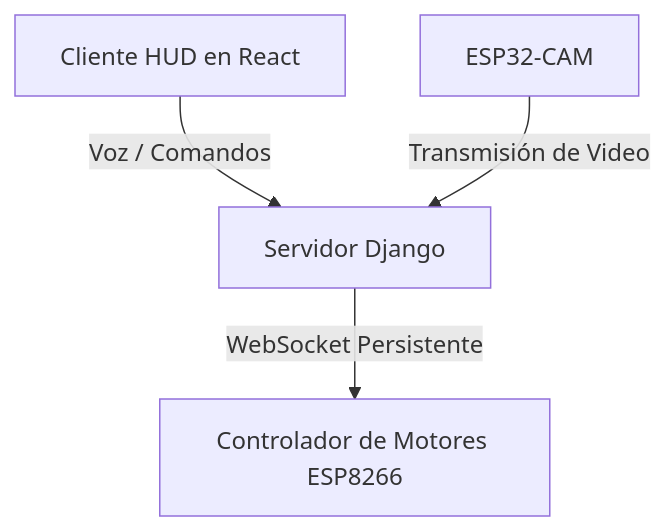
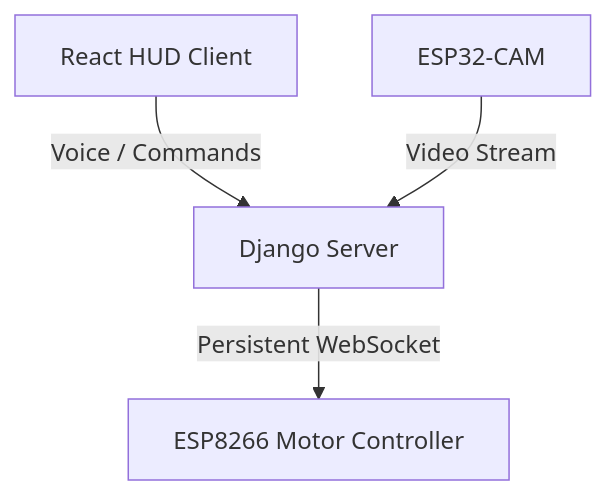
One commit to ricardorub/django-rover-cam32 changed the diagram in README.md. Above: the diagram before and after it, drawn with Mermaid. The commit also changed other lines of this file, not shown here.

````diff
--- a/README.md
+++ b/README.md
@@ -49,6 +49,6 @@
 ```mermaid
 graph TD
-    User[Cliente HUD en React] -- Voz / Comandos --> Django[Servidor Django]
-    ESP32[ESP32-CAM] -- Transmisión de Video --> Django
-    Django -- WebSocket Persistente --> ESP8266[Controlador de Motores ESP8266]
+    User[React HUD Client] -- Voice / Commands --> Django[Django Server]
+    ESP32[ESP32-CAM] -- Video Stream --> Django
+    Django -- Persistent WebSocket --> ESP8266[ESP8266 Motor Controller]
 ```
````
